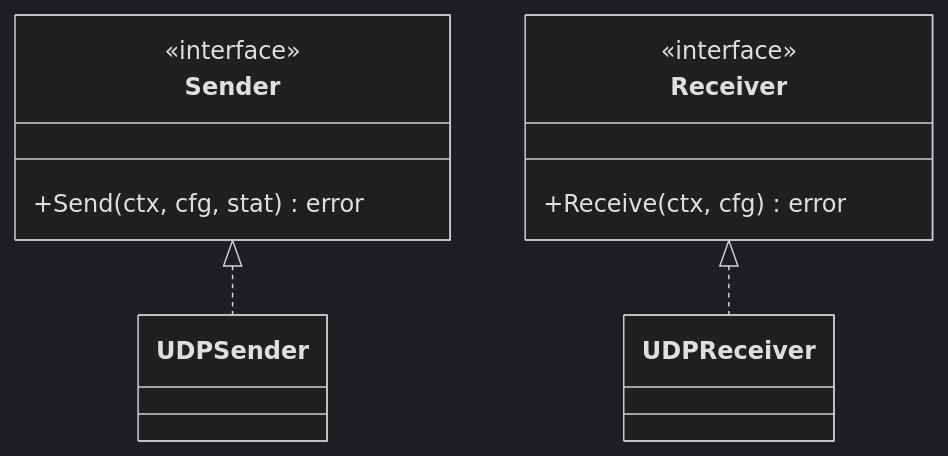
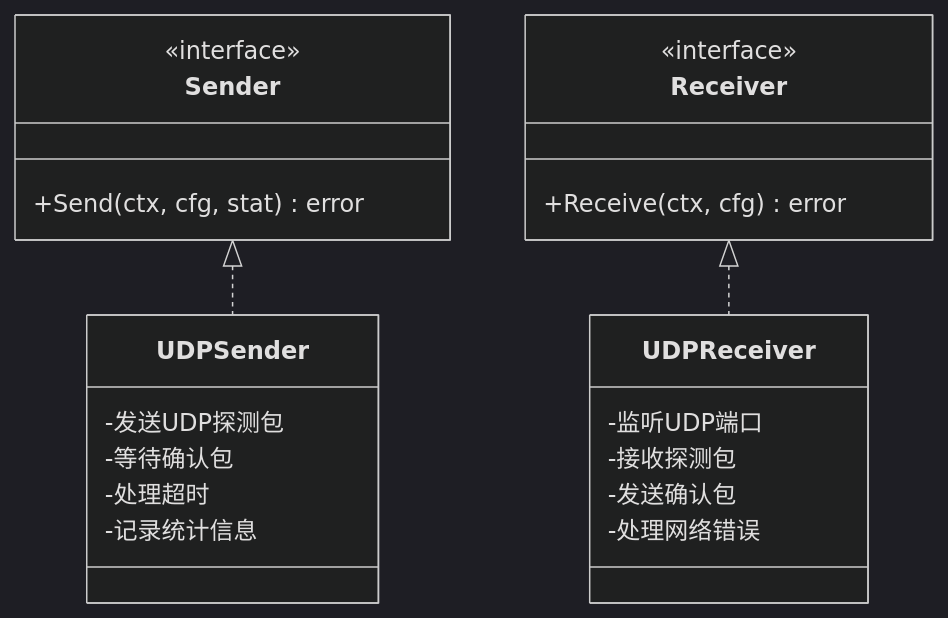
The fifth of 9 diagrams in .qoder/repowiki/zh/content/网络协议支持/UDP 协议测试.md (yanzhen74/ping-x), drawn with Mermaid (dark theme) before and after one commit. The commit also changed other lines of this file and 16 other files, not shown here.

````diff
--- a/.qoder/repowiki/zh/content/网络协议支持/UDP 协议测试.md
+++ b/.qoder/repowiki/zh/content/网络协议支持/UDP 协议测试.md
@@ -211,15 +234,25 @@
 ```mermaid
 classDiagram
 class Sender {
 <<interface>>
 +Send(ctx, cfg, stat) error
 }
 class Receiver {
 <<interface>>
 +Receive(ctx, cfg) error
 }
-class UDPSender
-class UDPReceiver
+class UDPSender {
+-发送UDP探测包
+-等待确认包
+-处理超时
+-记录统计信息
+}
+class UDPReceiver {
+-监听UDP端口
+-接收探测包
+-发送确认包
+-处理网络错误
+}
 Sender <|.. UDPSender
 Receiver <|.. UDPReceiver
 ```
````
